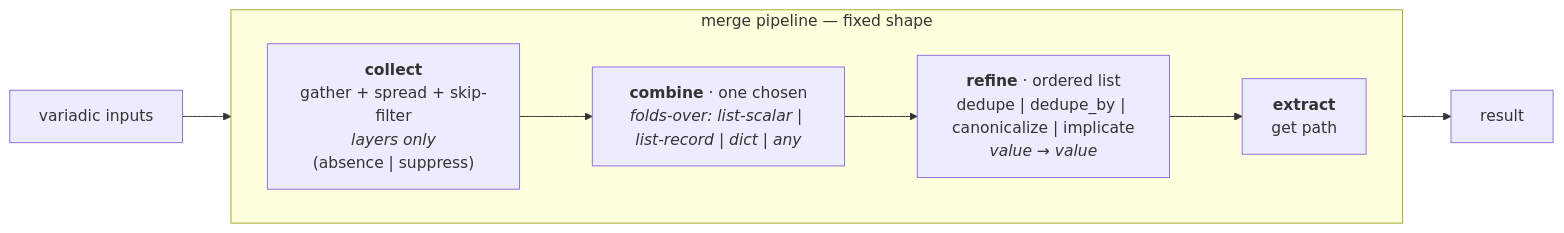
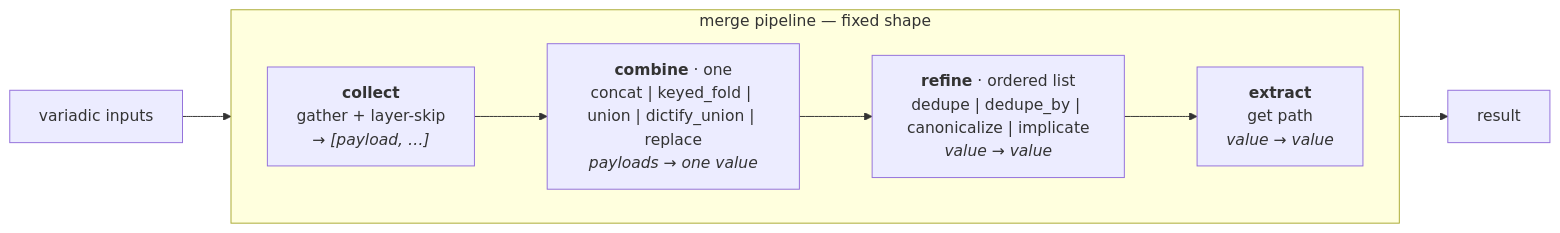
The first of 2 diagrams in .design/merge-star/draft1.glm52.md (rektide/compfuzor), drawn with Mermaid before and after one commit. The commit also changed other lines of this file, not shown here.

````diff
--- a/.design/merge-star/draft1.glm52.md
+++ b/.design/merge-star/draft1.glm52.md
@@ -221,13 +156,13 @@
 ```mermaid
 flowchart LR
   in[variadic inputs] --> collect
   subgraph pipe["merge pipeline — fixed shape"]
     direction LR
-    collect["<b>collect</b><br/>gather + spread + skip-filter<br/><i>layers only</i><br/>(absence | suppress)"]
-    combine["<b>combine</b> · one chosen<br/><i>folds-over: list-scalar | list-record | dict | any</i>"]
+    collect["<b>collect</b><br/>gather + layer-skip<br/><i>→ [payload, …]</i>"]
+    combine["<b>combine</b> · one<br/>concat | keyed_fold | union | dictify_union | replace<br/><i>payloads → one value</i>"]
     refine["<b>refine</b> · ordered list<br/>dedupe | dedupe_by | canonicalize | implicate<br/><i>value → value</i>"]
-    extract["<b>extract</b><br/>get path"]
+    extract["<b>extract</b><br/>get path<br/><i>value → value</i>"]
     collect --> combine --> refine --> extract
   end
   extract --> out[result]
 ```
````
